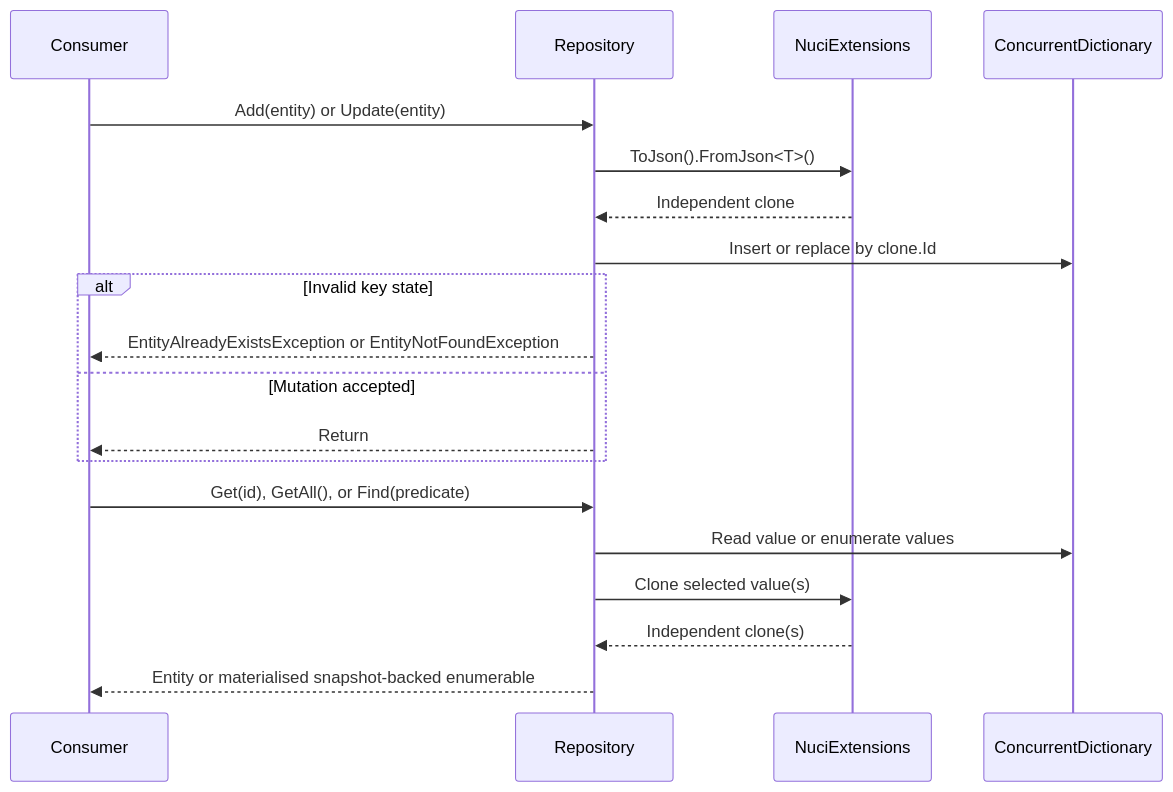
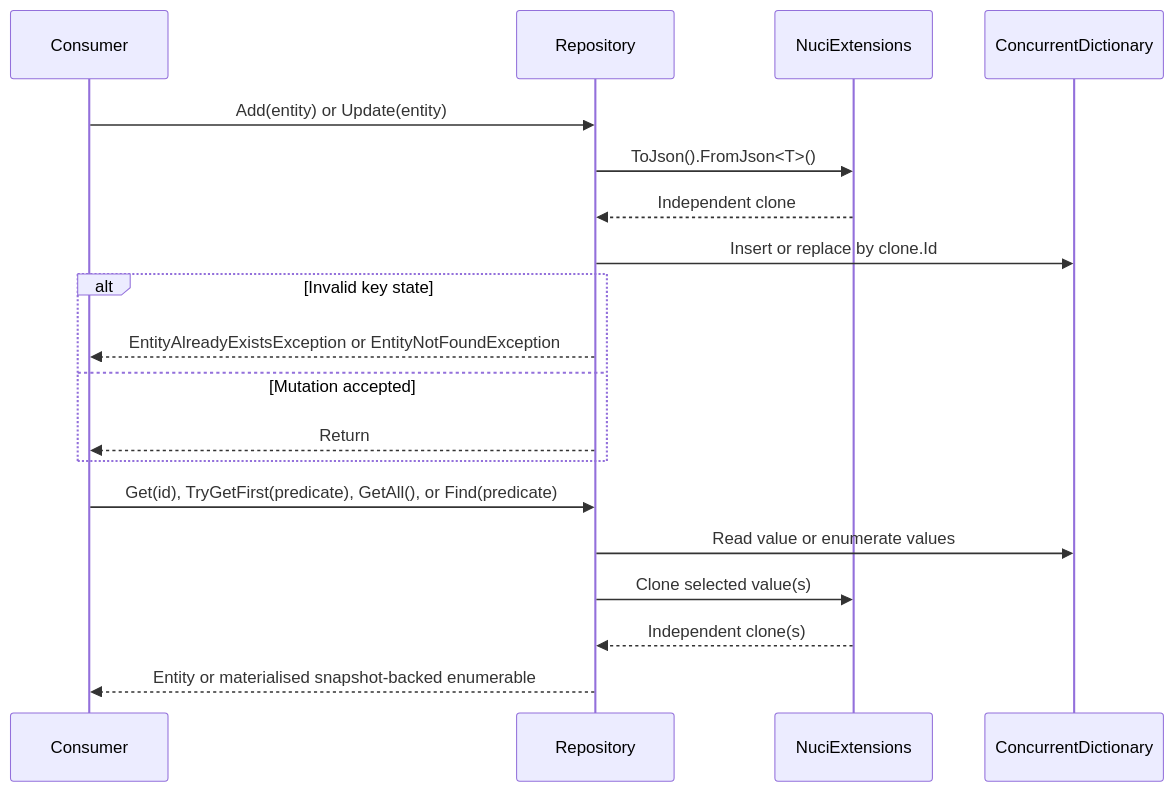
The fifth of 8 diagrams in ARCHITECTURE.md (hmlendea/nucidal), drawn with Mermaid before and after one commit. The commit also changed other lines of this file and 6 other files, not shown here.

````diff
--- a/ARCHITECTURE.md
+++ b/ARCHITECTURE.md
@@ -294,22 +294,22 @@
 ```mermaid
 sequenceDiagram
     participant Consumer
     participant Repository
     participant Extensions as NuciExtensions
     participant State as ConcurrentDictionary
 
     Consumer->>Repository: Add(entity) or Update(entity)
     Repository->>Extensions: ToJson().FromJson<T>()
     Extensions-->>Repository: Independent clone
     Repository->>State: Insert or replace by clone.Id
     alt Invalid key state
         Repository-->>Consumer: EntityAlreadyExistsException or EntityNotFoundException
     else Mutation accepted
         Repository-->>Consumer: Return
     end
-    Consumer->>Repository: Get(id), GetAll(), or Find(predicate)
+    Consumer->>Repository: Get(id), TryGetFirst(predicate), GetAll(), or Find(predicate)
     Repository->>State: Read value or enumerate values
     Repository->>Extensions: Clone selected value(s)
     Extensions-->>Repository: Independent clone(s)
     Repository-->>Consumer: Entity or materialised snapshot-backed enumerable
 ```
````
